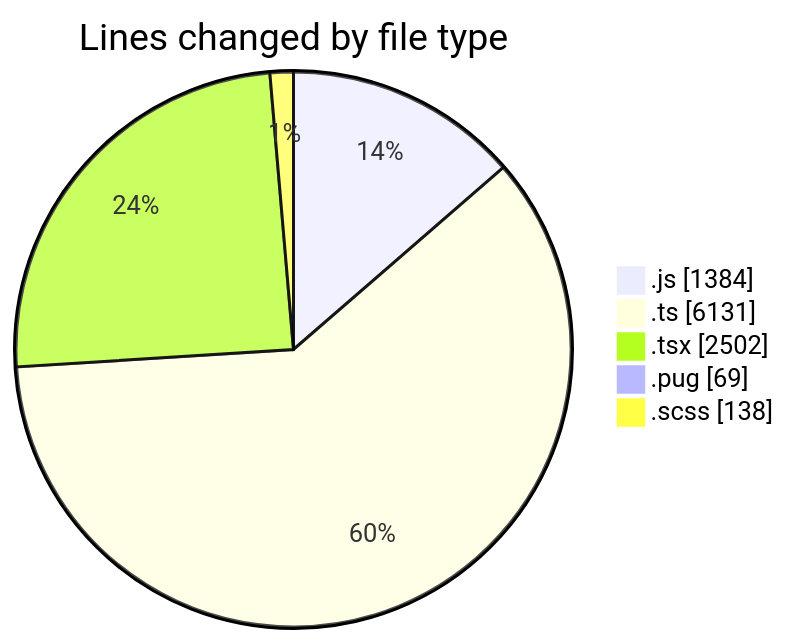
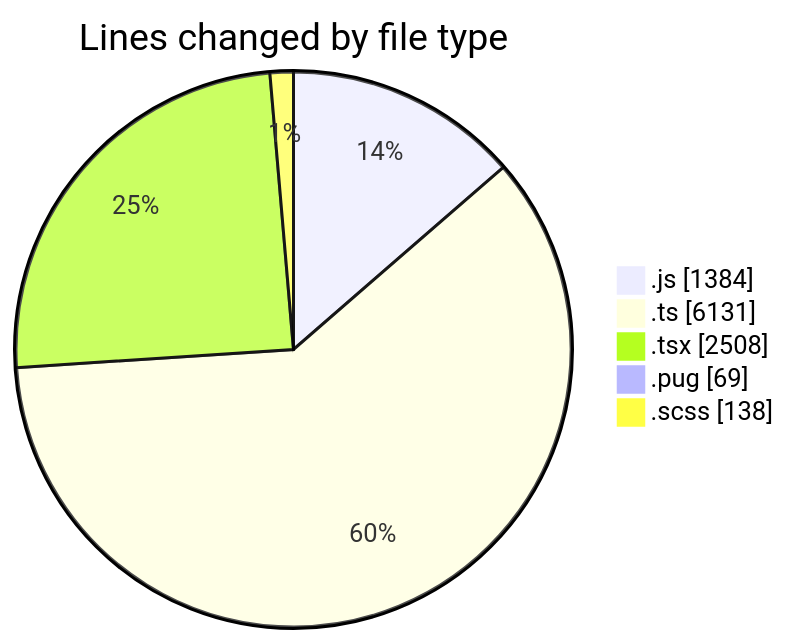
The first of 2 diagrams in 2025-03-25/cda/README.md (momahboobian/code-tracking), drawn with Mermaid before and after one commit. The commit also changed other lines of this file and 1 other file, not shown here.

````diff
--- a/2025-03-25/cda/README.md
+++ b/2025-03-25/cda/README.md
@@ -39,9 +39,9 @@
 ```mermaid
 pie showData
 title Lines changed by file type
 ".js" : 1384
 ".ts" : 6131
-".tsx" : 2502
+".tsx" : 2508
 ".pug" : 69
 ".scss" : 138
 ```
````
